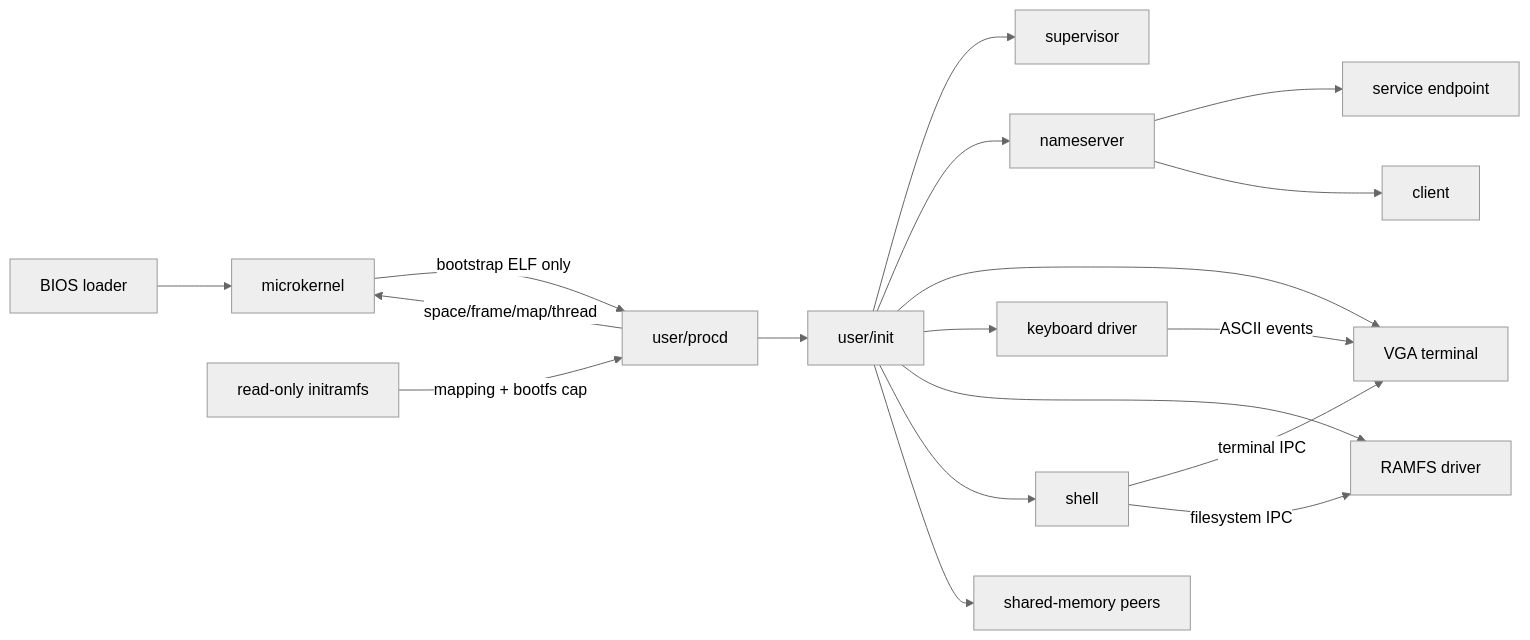
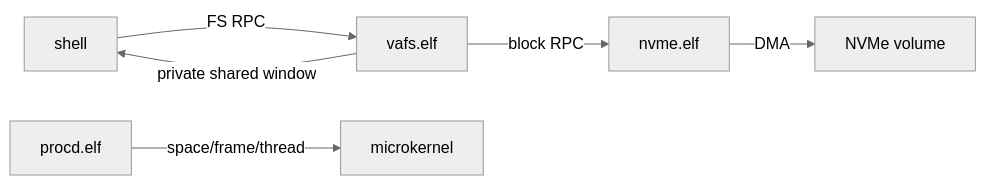
The diagram in README.md (VladimirKraswov/varania-os), drawn with Mermaid (neutral theme) before and after one commit. The commit also changed other lines of this file and 37 other files, not shown here.

````diff
--- a/README.md
+++ b/README.md
@@ -130,20 +36,8 @@
 ```mermaid
 flowchart LR
-    B["BIOS loader"] --> K["microkernel"]
-    K -->|"bootstrap ELF only"| P["user/procd"]
-    R["read-only initramfs"] -->|"mapping + bootfs cap"| P
-    P -->|"space/frame/map/thread"| K
-    P --> I["user/init"]
-    I --> V["supervisor"]
-    I --> N["nameserver"]
-    N --> S["service endpoint"]
-    N --> C["client"]
-    I --> T["VGA terminal"]
-    I --> D["keyboard driver"]
-    I --> F["RAMFS driver"]
-    I --> SH["shell"]
-    D -->|"ASCII events"| T
-    SH -->|"terminal IPC"| T
-    SH -->|"filesystem IPC"| F
-    I --> M["shared-memory peers"]
+    SH["shell"] -->|"FS RPC"| FS["vafs.elf"]
+    FS -->|"block RPC"| NV["nvme.elf"]
+    NV -->|"DMA"| SSD["NVMe volume"]
+    FS -->|"private shared window"| SH
+    P["procd.elf"] -->|"space/frame/thread"| K["microkernel"]
 ```
````
